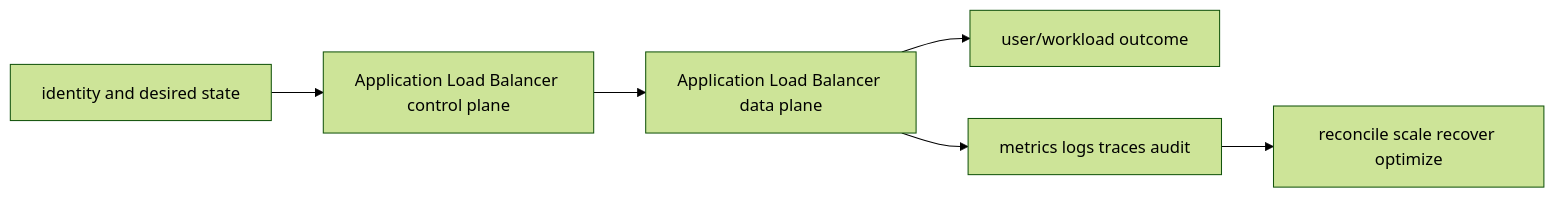
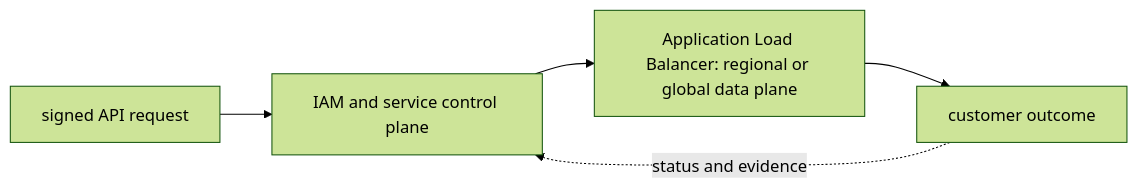
One commit to tomkidumbuyo/DevOps-interview-preparation changed the diagram in 07-aws/04-load-balancing/01-alb/README.md. Above: the diagram before and after it, drawn with Mermaid (forest theme). The commit also changed other lines of this file and 753 other files, not shown here.

````diff
--- a/07-aws/04-load-balancing/01-alb/README.md
+++ b/07-aws/04-load-balancing/01-alb/README.md
@@ -19,8 +31,7 @@
 ```mermaid
 flowchart LR
-  I[identity and desired state] --> C[Application Load Balancer control plane]
-  C --> D[Application Load Balancer data plane]
-  D --> U[user/workload outcome]
-  D --> O[metrics logs traces audit]
-  O --> R[reconcile scale recover optimize]
+  A["signed API request"] --> B["IAM and service control plane"]
+  B --> C["Application Load Balancer: regional or global data plane"]
+  C --> D["customer outcome"]
+  D -. "status and evidence" .-> B
 ```
````
